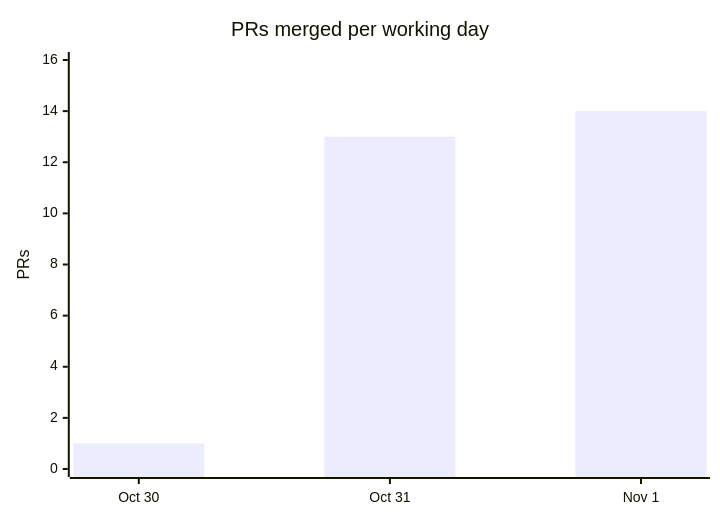
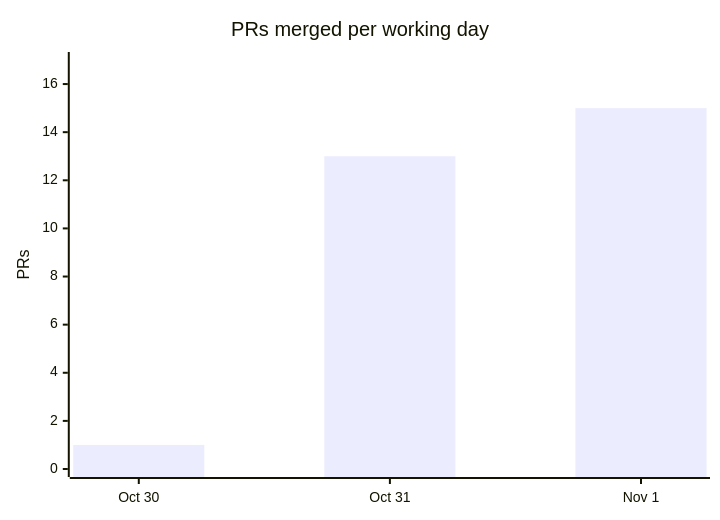
One commit to cmprssd/nfsh changed the fourth of 4 diagrams in docs/OVERVIEW.md. Above: the diagram before and after it, drawn with Mermaid. The commit also changed other lines of this file and 2 other files, not shown here.

````diff
--- a/docs/OVERVIEW.md
+++ b/docs/OVERVIEW.md
@@ -139,7 +139,7 @@
 ```mermaid
 xychart-beta
     title "PRs merged per working day"
     x-axis ["Oct 30", "Oct 31", "Nov 1"]
-    y-axis "PRs" 0 --> 16
-    bar [1, 13, 14]
+    y-axis "PRs" 0 --> 17
+    bar [1, 13, 15]
 ```
````
